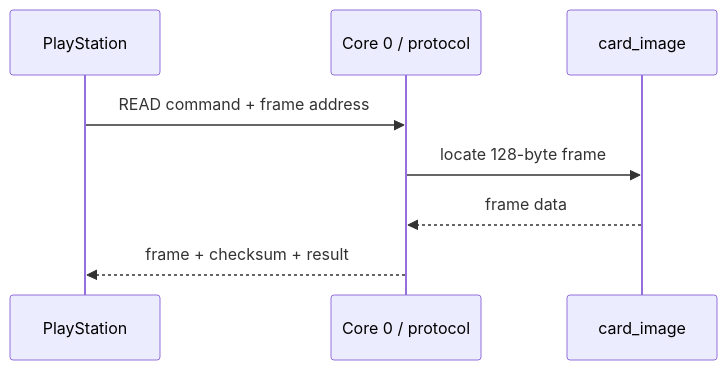
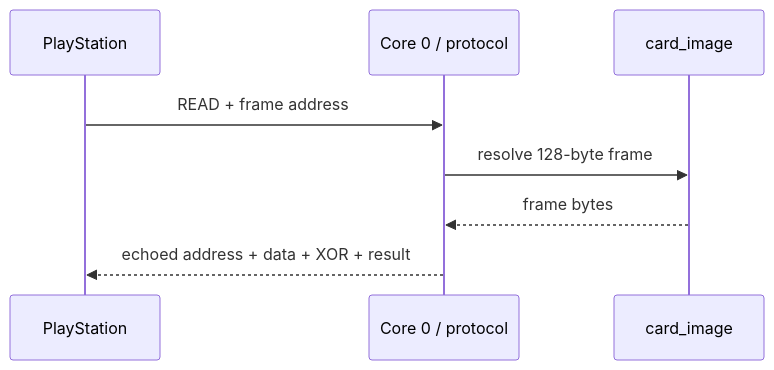
The third of 4 diagrams in docs/architecture.md (Blachovsky/PS-microCard), drawn with Mermaid before and after one commit. The commit also changed other lines of this file and 8 other files, not shown here.

````diff
--- a/docs/architecture.md
+++ b/docs/architecture.md
@@ -91,11 +148,11 @@
 ```mermaid
 sequenceDiagram
     participant PS1 as PlayStation
     participant BUS as Core 0 / protocol
     participant RAM as card_image
 
-    PS1->>BUS: READ command + frame address
-    BUS->>RAM: locate 128-byte frame
-    RAM-->>BUS: frame data
-    BUS-->>PS1: frame + checksum + result
+    PS1->>BUS: READ + frame address
+    BUS->>RAM: resolve 128-byte frame
+    RAM-->>BUS: frame bytes
+    BUS-->>PS1: echoed address + data + XOR + result
 ```
````
